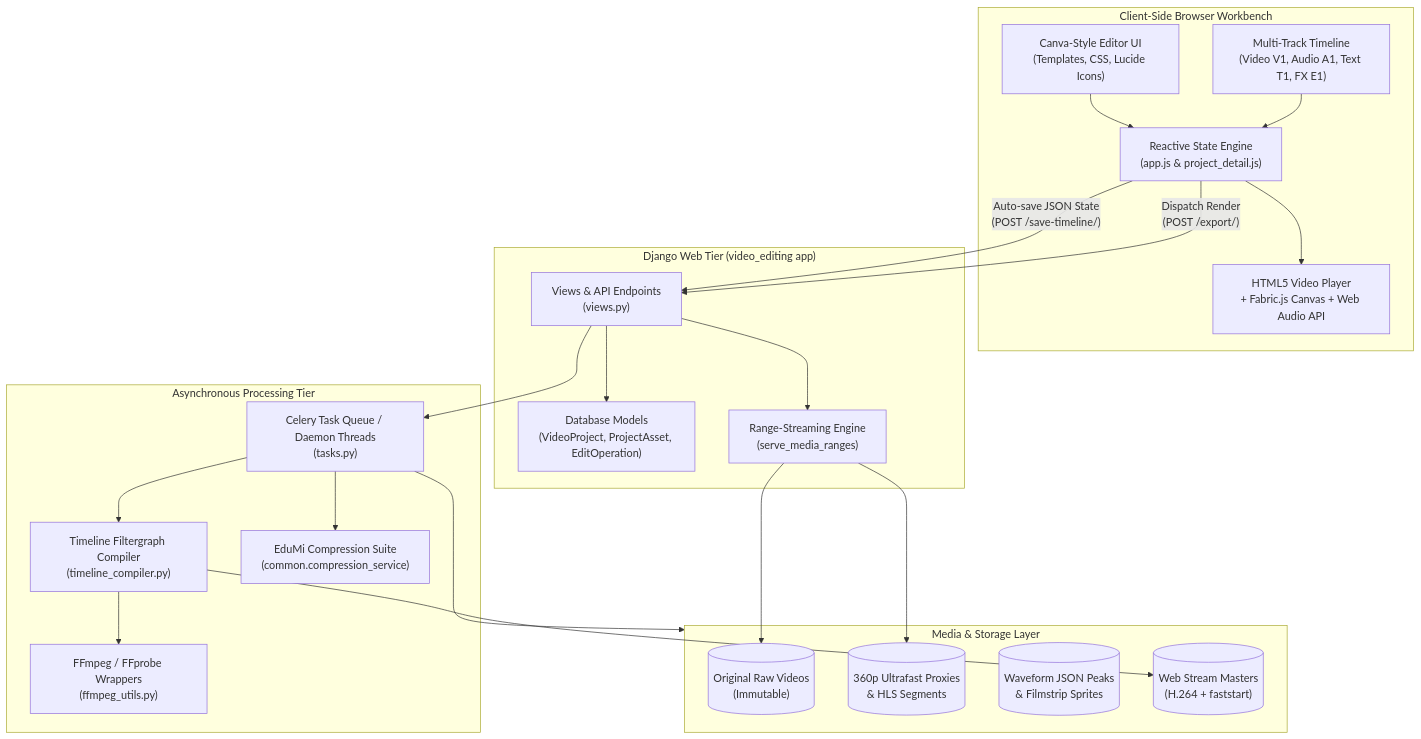
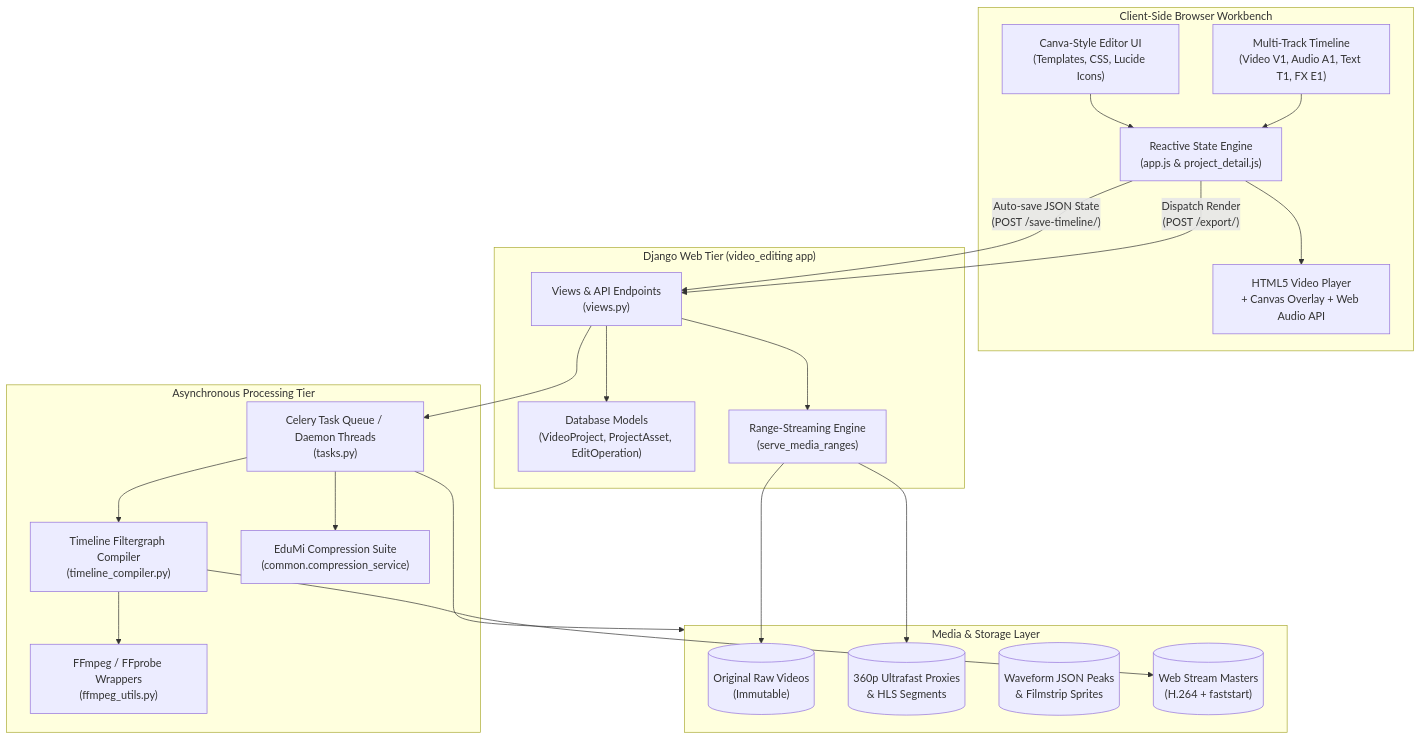
The first of 6 diagrams in docs/VIDEO_EDITING_DOCUMENTATION.md (GauravSinghGit0/Edumi2), drawn with Mermaid before and after one commit. The commit also changed other lines of this file and 24 other files, not shown here.

Commit message:
docs: add system architecture blueprint and camera port fixes

````diff
--- a/docs/VIDEO_EDITING_DOCUMENTATION.md
+++ b/docs/VIDEO_EDITING_DOCUMENTATION.md
@@ -28,48 +28,48 @@
 ```mermaid
 flowchart TD
     subgraph Browser ["Client-Side Browser Workbench"]
         UI["Canva-Style Editor UI\n(Templates, CSS, Lucide Icons)"]
         State["Reactive State Engine\n(app.js & project_detail.js)"]
-        Preview["HTML5 Video Player\n+ Fabric.js Canvas + Web Audio API"]
+        Preview["HTML5 Video Player\n+ Canvas Overlay + Web Audio API"]
         Timeline["Multi-Track Timeline\n(Video V1, Audio A1, Text T1, FX E1)"]
         
         UI --> State
         Timeline --> State
         State --> Preview
     end
 
     subgraph Django ["Django Web Tier (video_editing app)"]
         Views["Views & API Endpoints\n(views.py)"]
         Models["Database Models\n(VideoProject, ProjectAsset, EditOperation)"]
         MediaServer["Range-Streaming Engine\n(serve_media_ranges)"]
         
         Views --> Models
         Views --> MediaServer
     end
 
     subgraph AsyncTier ["Asynchronous Processing Tier"]
         Celery["Celery Task Queue / Daemon Threads\n(tasks.py)"]
         Compiler["Timeline Filtergraph Compiler\n(timeline_compiler.py)"]
         FFmpegUtils["FFmpeg / FFprobe Wrappers\n(ffmpeg_utils.py)"]
         Compression["EduMi Compression Suite\n(common.compression_service)"]
         
         Celery --> Compiler
         Compiler --> FFmpegUtils
         Celery --> Compression
     end
 
     subgraph Storage ["Media & Storage Layer"]
         OriginalFiles[("Original Raw Videos\n(Immutable)")]
         Proxies[("360p Ultrafast Proxies\n& HLS Segments")]
         Waveforms[("Waveform JSON Peaks\n& Filmstrip Sprites")]
         FinalExports[("Web Stream Masters\n(H.264 + faststart)")]
     end
 
     State -- "Auto-save JSON State\n(POST /save-timeline/)" --> Views
     State -- "Dispatch Render\n(POST /export/)" --> Views
     Views --> Celery
     Celery --> Storage
     MediaServer --> Proxies
     MediaServer --> OriginalFiles
     Compiler --> FinalExports
 ```
````
